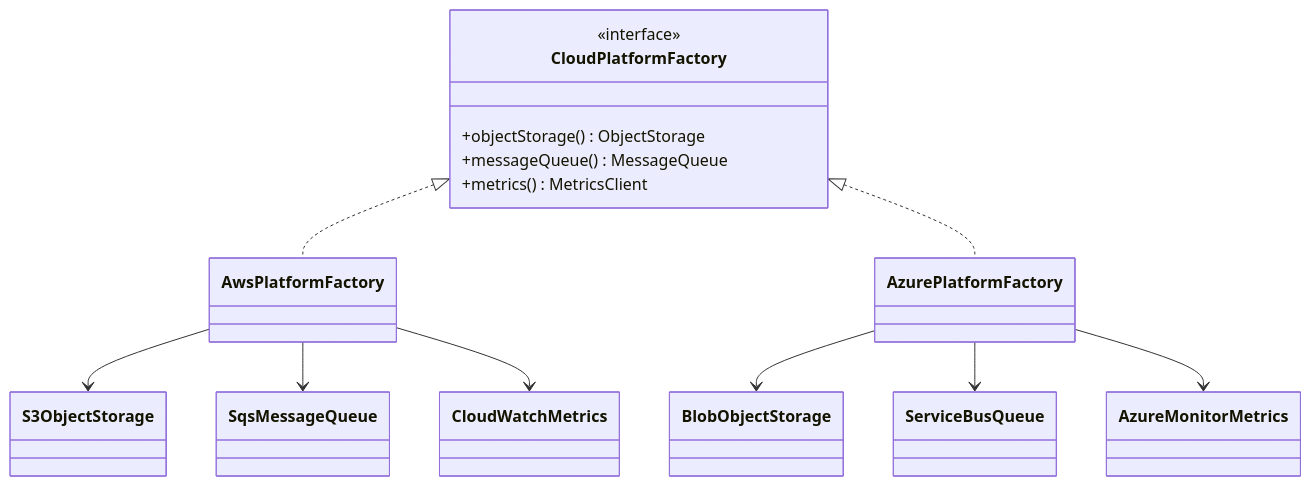
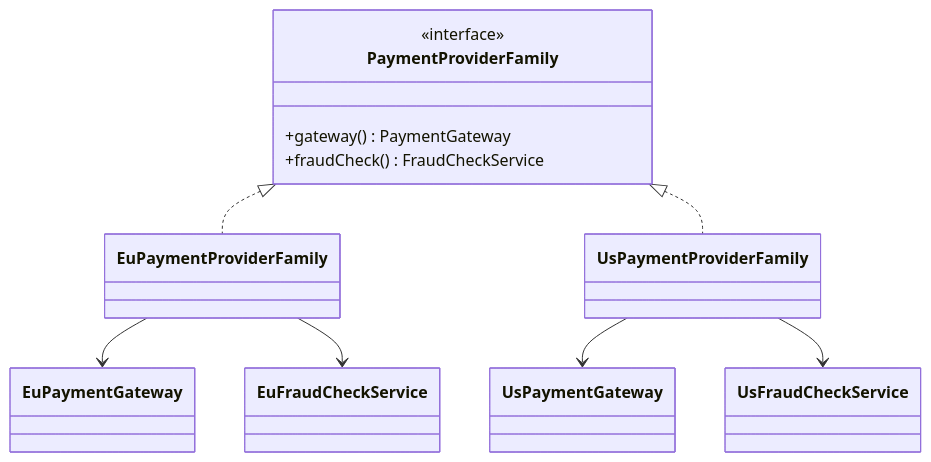
Before and after one commit to taukhir/shopverse: the diagram in documentation/docs/development/design-patterns/abstract-factory.md, drawn with Mermaid. The commit also changed other lines of this file and 77 other files, not shown here.

````diff
--- a/documentation/docs/development/design-patterns/abstract-factory.md
+++ b/documentation/docs/development/design-patterns/abstract-factory.md
@@ -42,17 +45,14 @@
 ```mermaid
 classDiagram
-    class CloudPlatformFactory {
+    class PaymentProviderFamily {
       <<interface>>
-      +objectStorage() ObjectStorage
-      +messageQueue() MessageQueue
-      +metrics() MetricsClient
+      +gateway() PaymentGateway
+      +fraudCheck() FraudCheckService
     }
-    CloudPlatformFactory <|.. AwsPlatformFactory
-    CloudPlatformFactory <|.. AzurePlatformFactory
-    AwsPlatformFactory --> S3ObjectStorage
-    AwsPlatformFactory --> SqsMessageQueue
-    AwsPlatformFactory --> CloudWatchMetrics
-    AzurePlatformFactory --> BlobObjectStorage
-    AzurePlatformFactory --> ServiceBusQueue
-    AzurePlatformFactory --> AzureMonitorMetrics
+    PaymentProviderFamily <|.. EuPaymentProviderFamily
+    PaymentProviderFamily <|.. UsPaymentProviderFamily
+    EuPaymentProviderFamily --> EuPaymentGateway
+    EuPaymentProviderFamily --> EuFraudCheckService
+    UsPaymentProviderFamily --> UsPaymentGateway
+    UsPaymentProviderFamily --> UsFraudCheckService
 ```
````
